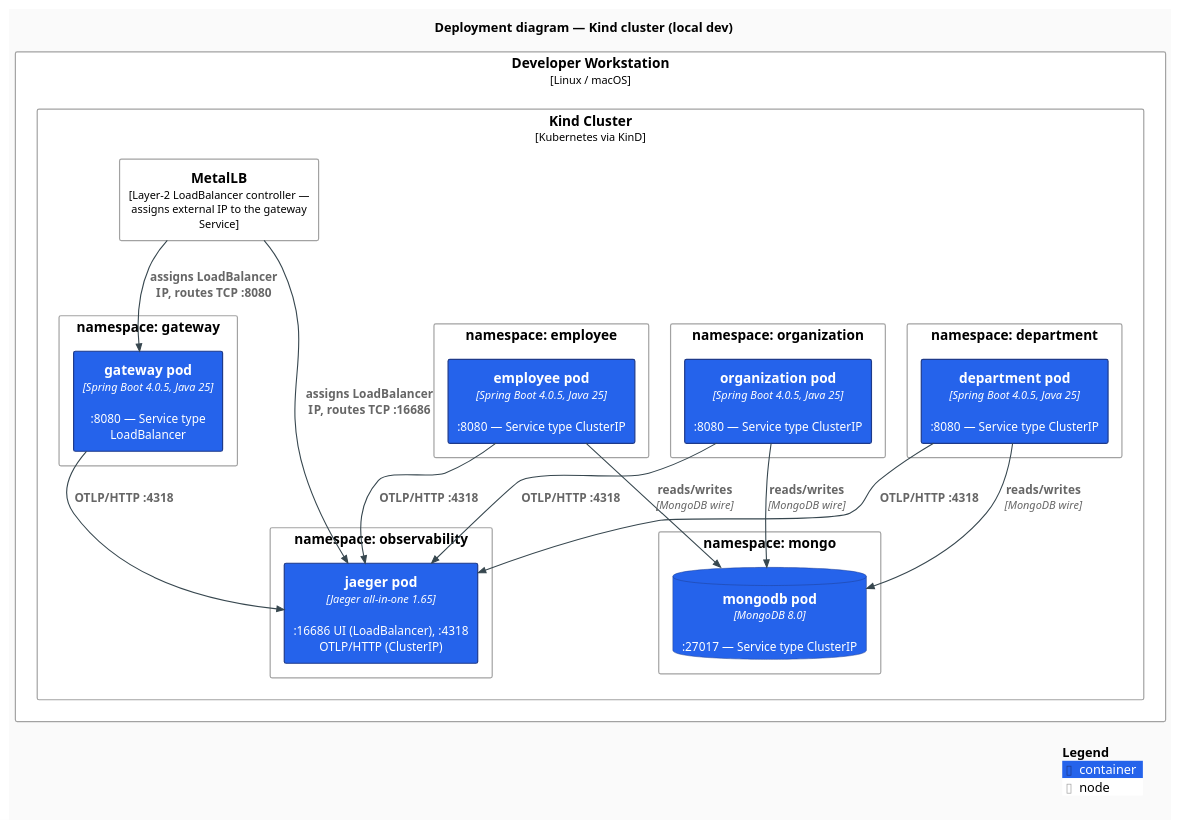
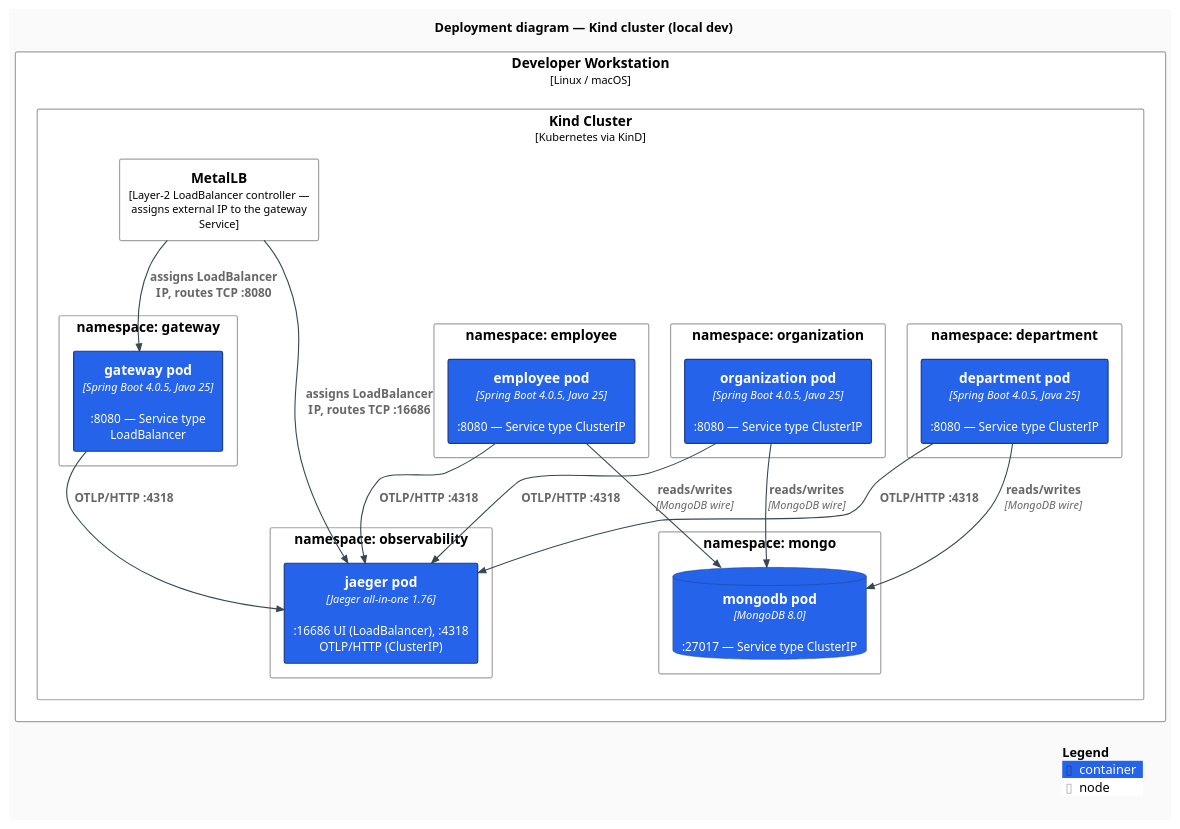
The diagram in docs/diagrams/c4-deployment.puml (AndriyKalashnykov/spring-microservices-k8s), drawn with PlantUML before and after one commit. The commit also changed 6 other files, not shown here.

```diff
--- a/docs/diagrams/c4-deployment.puml
+++ b/docs/diagrams/c4-deployment.puml
@@ -1,58 +1,58 @@
 @startuml c4-deployment
 !include https://raw.githubusercontent.com/plantuml-stdlib/C4-PlantUML/v2.11.0/C4_Deployment.puml
 
 ' Modern flat styling: no shadows, sharper corners, clean sans-serif, modern palette.
 skinparam backgroundColor #FAFAFA
 skinparam shadowing false
 skinparam roundCorner 4
 skinparam defaultFontName "Inter, Helvetica, Arial, sans-serif"
 skinparam defaultFontSize 13
 skinparam ArrowColor #37474F
 skinparam ArrowThickness 1.2
 skinparam rectangleBorderThickness 1.3
 
 UpdateElementStyle("container",   $fontColor="#FFFFFF", $bgColor="#2563EB", $borderColor="#1E3A8A")
 UpdateElementStyle("container_db",$fontColor="#FFFFFF", $bgColor="#7C3AED", $borderColor="#4C1D95")
 UpdateBoundaryStyle($bgColor="#F1F5F9", $borderColor="#94A3B8", $fontColor="#1E293B")
 
 title Deployment diagram — Kind cluster (local dev)
 
 Deployment_Node(host, "Developer Workstation", "Linux / macOS") {
     Deployment_Node(kind, "Kind Cluster", "Kubernetes via KinD") {
 
         Deployment_Node(metallb, "MetalLB", "Layer-2 LoadBalancer controller — assigns external IP to the gateway Service")
 
         Deployment_Node(ns_gw, "namespace: gateway") {
             Container(gateway_pod, "gateway pod", "Spring Boot 4.0.5, Java 25", ":8080 — Service type LoadBalancer")
         }
         Deployment_Node(ns_emp, "namespace: employee") {
             Container(employee_pod, "employee pod", "Spring Boot 4.0.5, Java 25", ":8080 — Service type ClusterIP")
         }
         Deployment_Node(ns_dept, "namespace: department") {
             Container(department_pod, "department pod", "Spring Boot 4.0.5, Java 25", ":8080 — Service type ClusterIP")
         }
         Deployment_Node(ns_org, "namespace: organization") {
             Container(organization_pod, "organization pod", "Spring Boot 4.0.5, Java 25", ":8080 — Service type ClusterIP")
         }
         Deployment_Node(ns_mongo, "namespace: mongo") {
             ContainerDb(mongo_pod, "mongodb pod", "MongoDB 8.0", ":27017 — Service type ClusterIP")
         }
         Deployment_Node(ns_obs, "namespace: observability") {
-            Container(jaeger_pod, "jaeger pod", "Jaeger all-in-one 1.65", ":16686 UI (LoadBalancer), :4318 OTLP/HTTP (ClusterIP)")
+            Container(jaeger_pod, "jaeger pod", "Jaeger all-in-one 1.76", ":16686 UI (LoadBalancer), :4318 OTLP/HTTP (ClusterIP)")
         }
     }
 }
 
 Rel(metallb,  gateway_pod, "assigns LoadBalancer IP, routes TCP :8080")
 Rel(metallb,  jaeger_pod,  "assigns LoadBalancer IP, routes TCP :16686")
 Rel_D(employee_pod,     mongo_pod, "reads/writes", "MongoDB wire")
 Rel_D(department_pod,   mongo_pod, "reads/writes", "MongoDB wire")
 Rel_D(organization_pod, mongo_pod, "reads/writes", "MongoDB wire")
 
 Rel(gateway_pod,      jaeger_pod, "OTLP/HTTP :4318")
 Rel(employee_pod,     jaeger_pod, "OTLP/HTTP :4318")
 Rel(department_pod,   jaeger_pod, "OTLP/HTTP :4318")
 Rel(organization_pod, jaeger_pod, "OTLP/HTTP :4318")
 
 SHOW_LEGEND()
 @enduml
```
